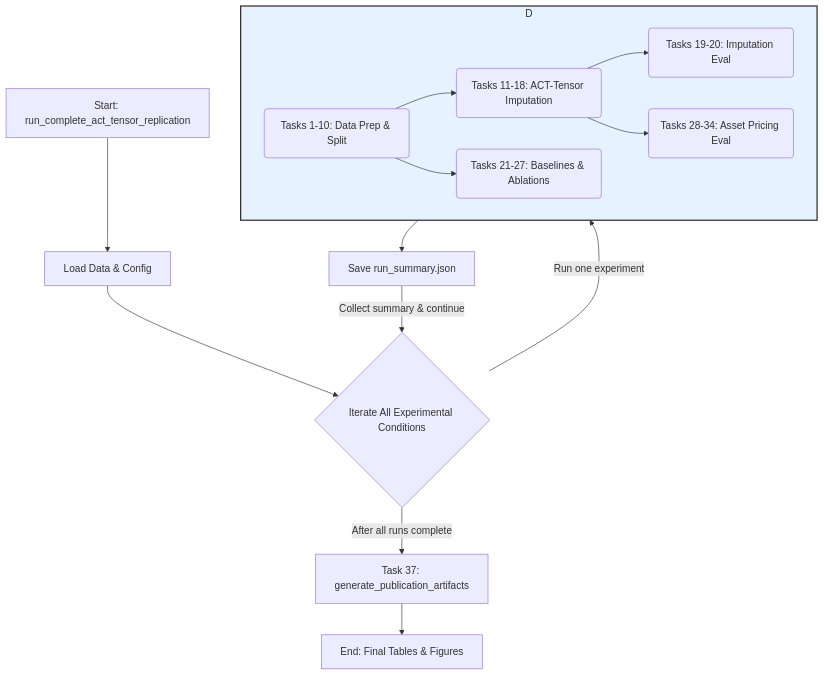
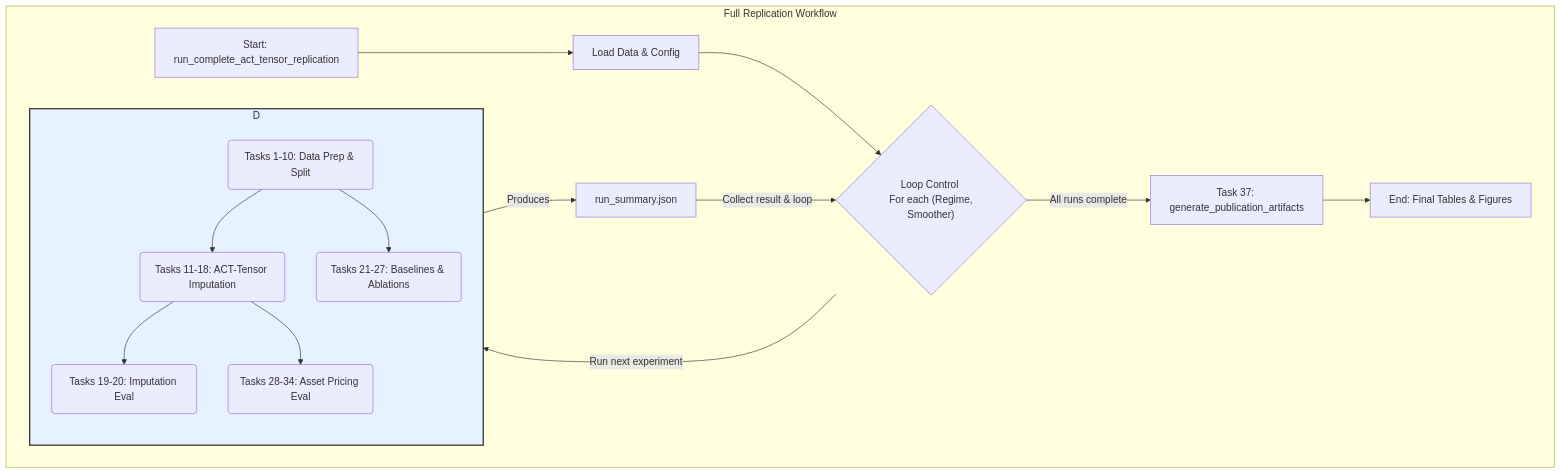
The diagram in README.md (chirindaopensource/act_tensor), drawn with Mermaid before and after one commit.

````diff
--- a/README.md
+++ b/README.md
@@ -134,22 +134,25 @@
 ```mermaid
-graph TD
-    A["Start: run_complete_act_tensor_replication"] --> B["Load Data & Config"];
-    B --> C{"Iterate All Experimental Conditions"};
-    C -- Run one experiment --> D[subgraph Single Experiment Run];
+graph LR
+    subgraph Full Replication Workflow
+        direction LR
+        A["Start: run_complete_act_tensor_replication"] --> B["Load Data & Config"];
+        B --> C{"Loop Control <br> For each (Regime, Smoother)"};
+        C -- Run next experiment --> D[subgraph Single Experiment Run];
+        
+        subgraph D
+            direction TD
+            D1(Tasks 1-10: Data Prep & Split) --> D2(Tasks 11-18: ACT-Tensor Imputation);
+            D1 --> D5(Tasks 21-27: Baselines & Ablations);
+            D2 --> D3(Tasks 19-20: Imputation Eval);
+            D2 --> D4(Tasks 28-34: Asset Pricing Eval);
+        end
 
-    subgraph D
-        direction LR
-        D1(Tasks 1-10: Data Prep & Split) --> D2(Tasks 11-18: ACT-Tensor Imputation);
-        D2 --> D3(Tasks 19-20: Imputation Eval);
-        D2 --> D4(Tasks 28-34: Asset Pricing Eval);
-        D1 --> D5(Tasks 21-27: Baselines & Ablations);
+        D -- Produces --> E["run_summary.json"];
+        E -- "Collect result & loop" --> C;
+        C -- "All runs complete" --> F["Task 37: generate_publication_artifacts"];
+        F --> G["End: Final Tables & Figures"];
     end
-
-    D --> E["Save run_summary.json"];
-    E -->|"Collect summary & continue"| C;
-    C -- After all runs complete --> F["Task 37: generate_publication_artifacts"];
-    F --> G["End: Final Tables & Figures"];
 
     %% Style Definitions
     style D fill:#e6f2ff,stroke:#333,stroke-width:2px
 ```
````
